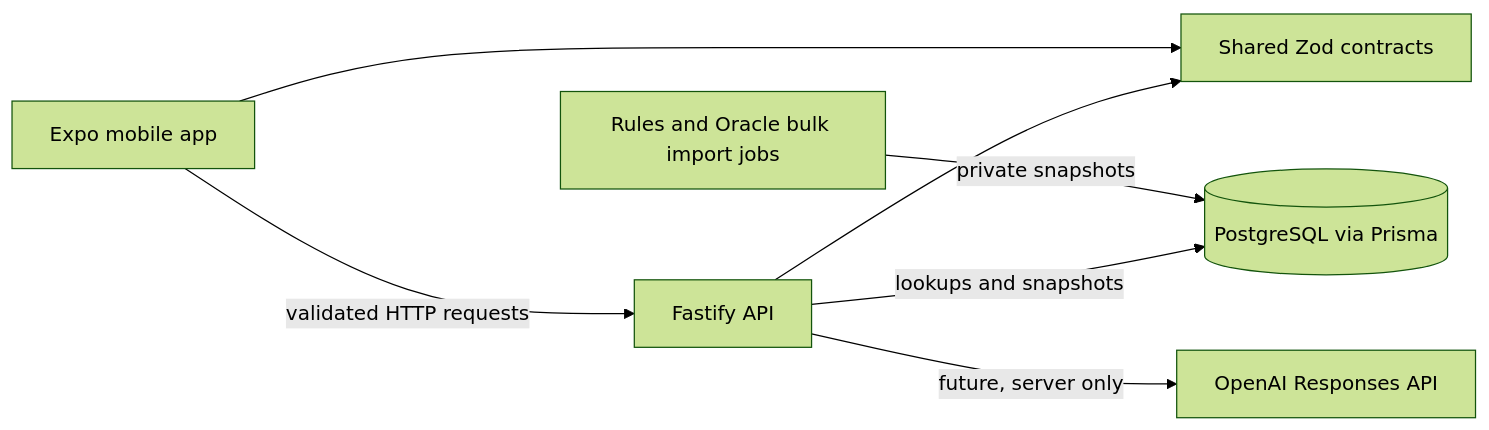
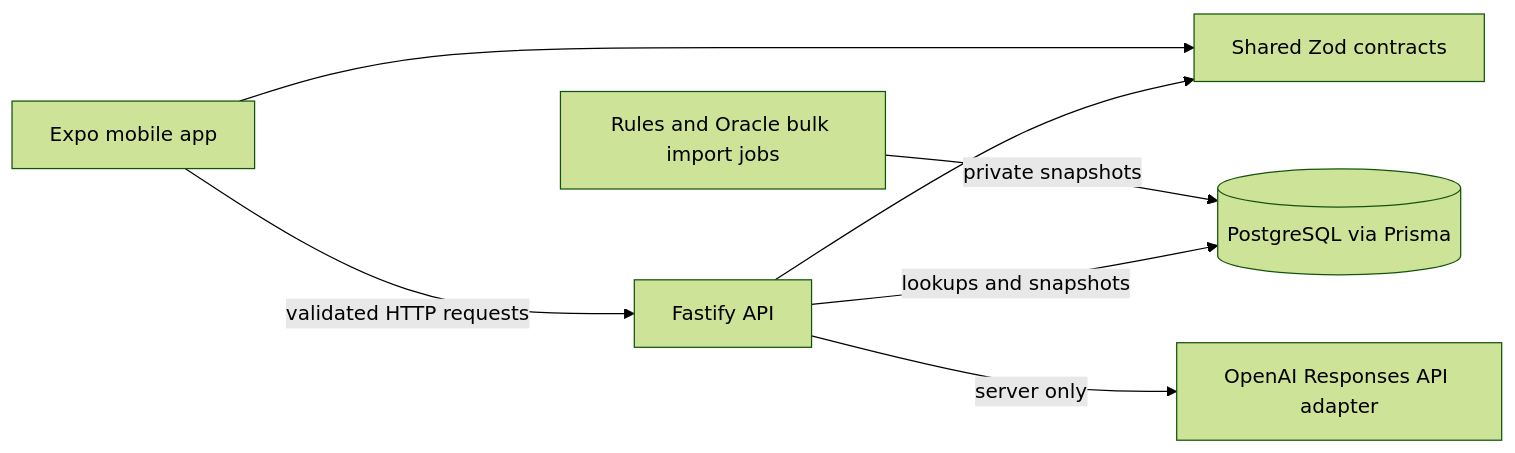
One commit to aleiruiz/MTGRulesLawyer changed the diagram in docs/architecture.md. Above: the diagram before and after it, drawn with Mermaid (forest theme). The commit also changed other lines of this file and 7 other files, not shown here.

Commit message:
feat(ai): add server-side OpenAI adapter for R01

````diff
--- a/docs/architecture.md
+++ b/docs/architecture.md
@@ -15,9 +15,9 @@
 ```mermaid
 flowchart LR
   Mobile[Expo mobile app] -->|validated HTTP requests| API[Fastify API]
   API --> Contracts[Shared Zod contracts]
   Mobile --> Contracts
   API -->|lookups and snapshots| DB[(PostgreSQL via Prisma)]
-  API -->|future, server only| Model[OpenAI Responses API]
+  API -->|server only| Model[OpenAI Responses API adapter]
   Sources[Rules and Oracle bulk import jobs] -->|private snapshots| DB
 ```
````
